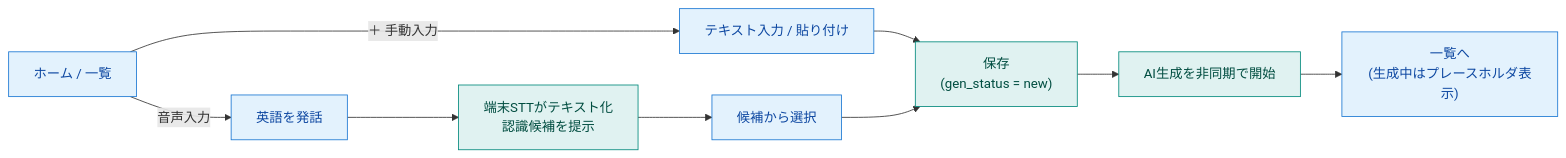
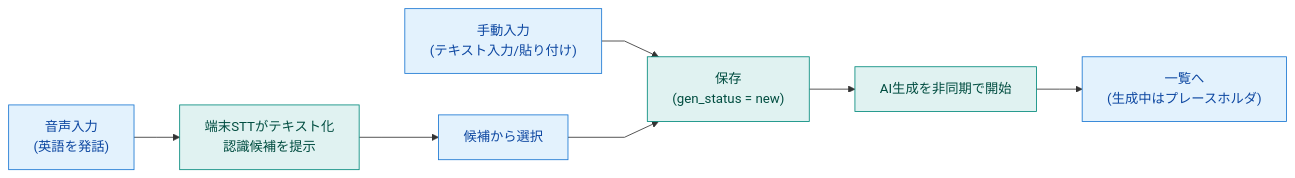
The fourth of 5 diagrams in docs/screen-flow.md (komikonkon/Rakuku), drawn with Mermaid before and after one commit. The commit also changed other lines of this file and 1 other file, not shown here.

First line of the commit message:
Rework diagrams per LIG zukai guidelines: straight lines, fewer crossings, eye-flow

````diff
--- a/docs/screen-flow.md
+++ b/docs/screen-flow.md
@@ -89,13 +87,10 @@
 ```mermaid
+%%{init: {'flowchart': {'curve': 'linear', 'rankSpacing': 55}}}%%
 flowchart LR
-    Home["ホーム / 一覧"]:::screen -->|＋ 手動入力| Manual["テキスト入力 / 貼り付け"]:::screen
-    Home -->|音声入力| Speak["英語を発話"]:::screen
-
-    Manual --> Save["保存<br/>(gen_status = new)"]:::proc
-    Speak --> STT["端末STTがテキスト化<br/>認識候補を提示"]:::proc --> Pick["候補から選択"]:::screen --> Save
-
-    Save --> Gen["AI生成を非同期で開始"]:::proc --> Back["一覧へ<br/>(生成中はプレースホルダ表示)"]:::screen
+    Manual["手動入力<br/>(テキスト入力/貼り付け)"]:::screen --> Save["保存<br/>(gen_status = new)"]:::proc
+    Speak["音声入力<br/>(英語を発話)"]:::screen --> STT["端末STTがテキスト化<br/>認識候補を提示"]:::proc --> Pick["候補から選択"]:::screen --> Save
+    Save --> Gen["AI生成を非同期で開始"]:::proc --> Back["一覧へ<br/>(生成中はプレースホルダ)"]:::screen
 
     classDef screen fill:#E3F2FD,stroke:#1976D2,color:#0D47A1;
     classDef proc   fill:#E0F2F1,stroke:#00897B,color:#004D40;
 ```
````
